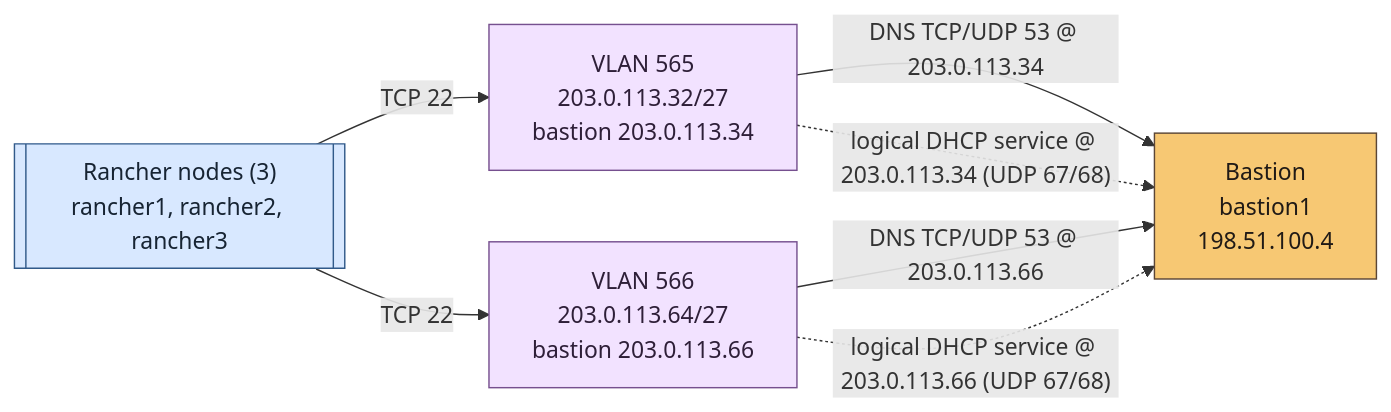
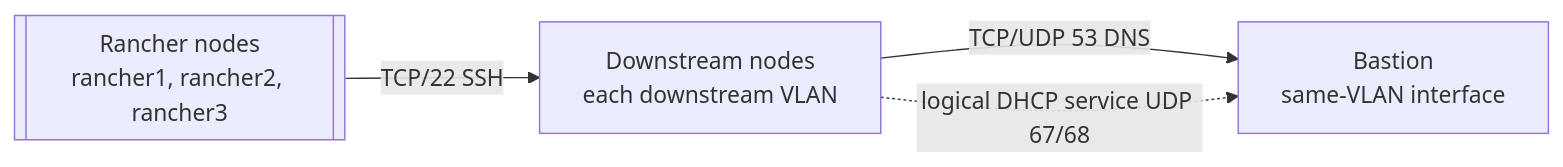
Before and after one commit to davidhrbac/rinstall: the second of 2 diagrams in examples/full/topology.md, drawn with Mermaid. The commit also changed other lines of this file and 5 other files, not shown here.

````diff
--- a/examples/full/topology.md
+++ b/examples/full/topology.md
@@ -117,19 +89,9 @@
 ```mermaid
 flowchart LR
-  rancher_group[["Rancher nodes (3)<br/>rancher1, rancher2, rancher3"]]
-  bastion["Bastion<br/>bastion1<br/>198.51.100.4"]
-  network_downstream_vlan565_8ed6786137["VLAN 565<br/>203.0.113.32/27<br/>bastion 203.0.113.34"]
-  rancher_group -->|"TCP 22"| network_downstream_vlan565_8ed6786137
-  network_downstream_vlan565_8ed6786137 -->|"DNS TCP/UDP 53 @ 203.0.113.34"| bastion
-  network_downstream_vlan565_8ed6786137 -.->|"logical DHCP service @ 203.0.113.34 (UDP 67/68)"| bastion
-  network_downstream_vlan566_d2bd8ff235["VLAN 566<br/>203.0.113.64/27<br/>bastion 203.0.113.66"]
-  rancher_group -->|"TCP 22"| network_downstream_vlan566_d2bd8ff235
-  network_downstream_vlan566_d2bd8ff235 -->|"DNS TCP/UDP 53 @ 203.0.113.66"| bastion
-  network_downstream_vlan566_d2bd8ff235 -.->|"logical DHCP service @ 203.0.113.66 (UDP 67/68)"| bastion
-  classDef bastion fill:#f7c873,stroke:#5b4636,color:#201a16
-  classDef rancher fill:#d8e8ff,stroke:#315a8a,color:#172433
-  classDef downstream fill:#f2e2ff,stroke:#76508f,color:#2e1f38
-  class bastion bastion
-  class rancher_group rancher
-  class network_downstream_vlan565_8ed6786137,network_downstream_vlan566_d2bd8ff235 downstream
+  rancher_group[["Rancher nodes<br/>rancher1, rancher2, rancher3"]]
+  downstream_nodes["Downstream nodes<br/>each downstream VLAN"]
+  bastion_services["Bastion<br/>same-VLAN interface"]
+  rancher_group -->|"TCP/22 SSH"| downstream_nodes
+  downstream_nodes -->|"TCP/UDP 53 DNS"| bastion_services
+  downstream_nodes -.->|"logical DHCP service UDP 67/68"| bastion_services
 ```
````
